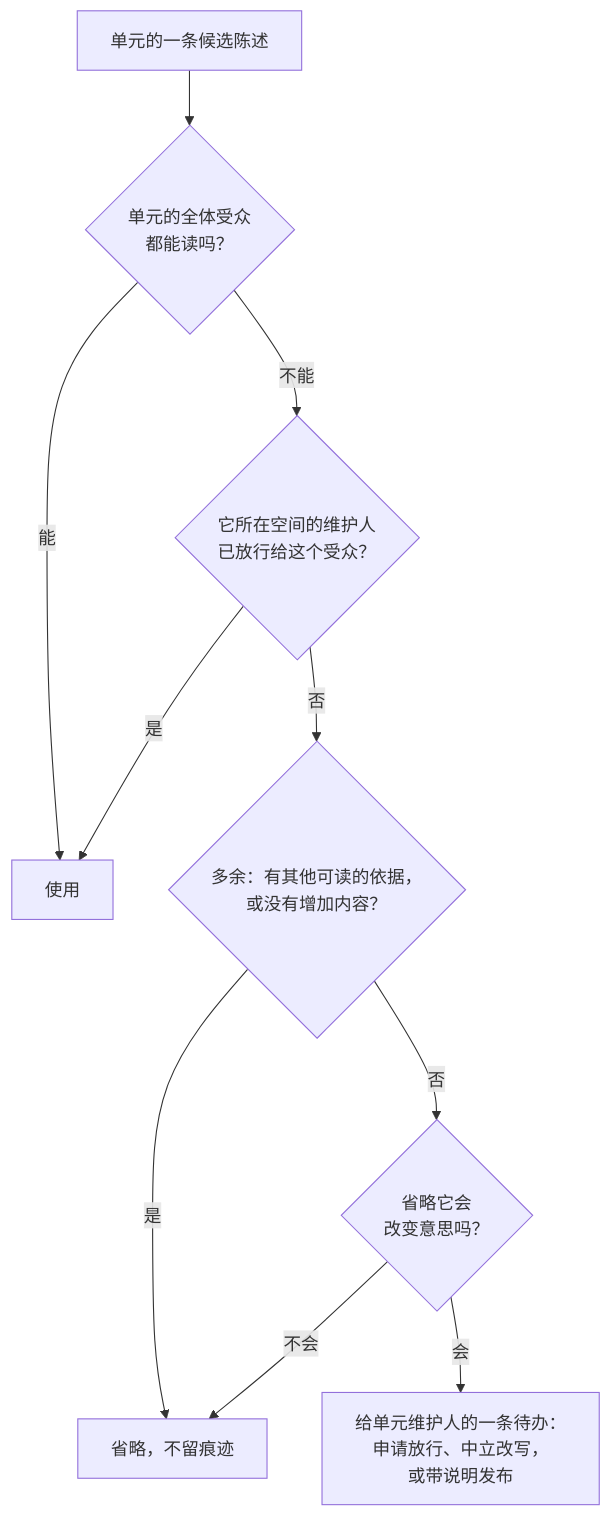
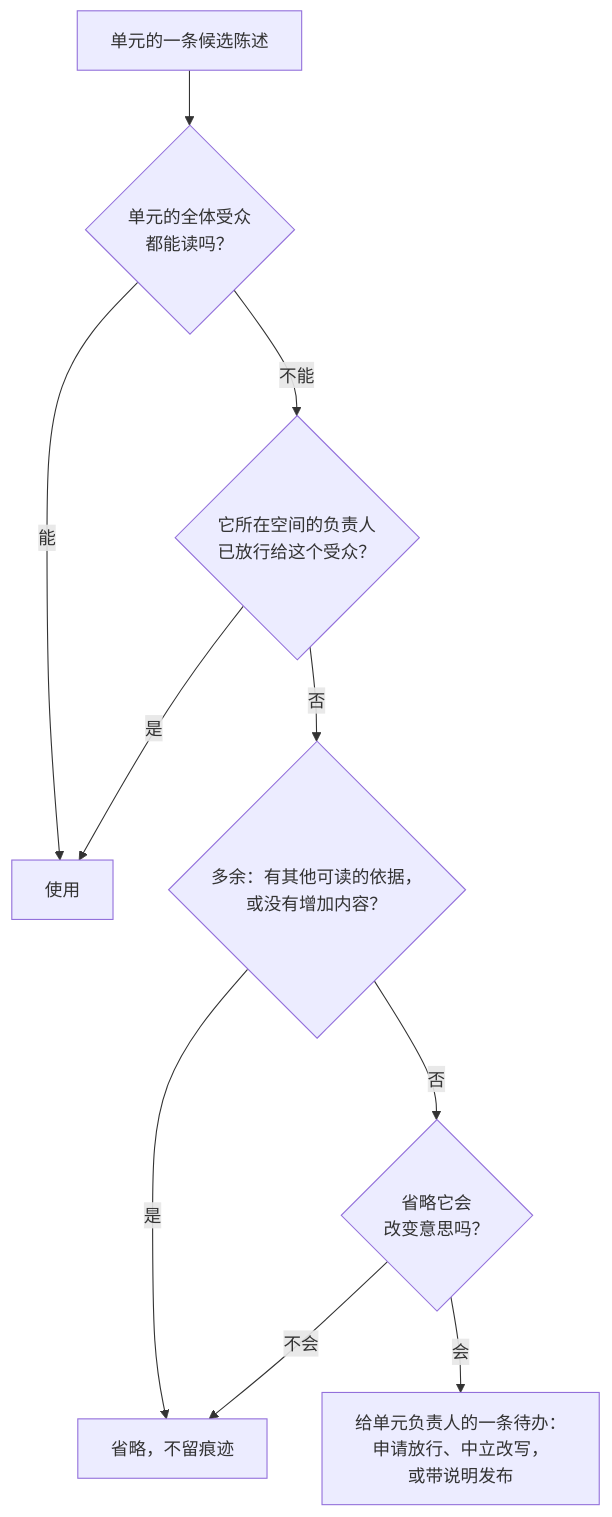
The fifth of 6 diagrams in docs/zh/architecture.md (AngelMsger/Inspiration), drawn with Mermaid before and after one commit. The commit also changed other lines of this file and 24 other files, not shown here.

````diff
--- a/docs/zh/architecture.md
+++ b/docs/zh/architecture.md
@@ -410,12 +410,12 @@
 ```mermaid
 flowchart TD
   I[单元的一条候选陈述] --> Q1{"单元的全体受众<br/>都能读吗？"}
   Q1 -- 能 --> USE[使用]
-  Q1 -- 不能 --> Q2{"它所在空间的维护人<br/>已放行给这个受众？"}
+  Q1 -- 不能 --> Q2{"它所在空间的负责人<br/>已放行给这个受众？"}
   Q2 -- 是 --> USE
   Q2 -- 否 --> Q3{"多余：有其他可读的依据，<br/>或没有增加内容？"}
   Q3 -- 是 --> DROP[省略，不留痕迹]
   Q3 -- 否 --> Q4{"省略它会<br/>改变意思吗？"}
   Q4 -- 不会 --> DROP
-  Q4 -- 会 --> TODO["给单元维护人的一条待办：<br/>申请放行、中立改写，<br/>或带说明发布"]
+  Q4 -- 会 --> TODO["给单元负责人的一条待办：<br/>申请放行、中立改写，<br/>或带说明发布"]
 ```
````
